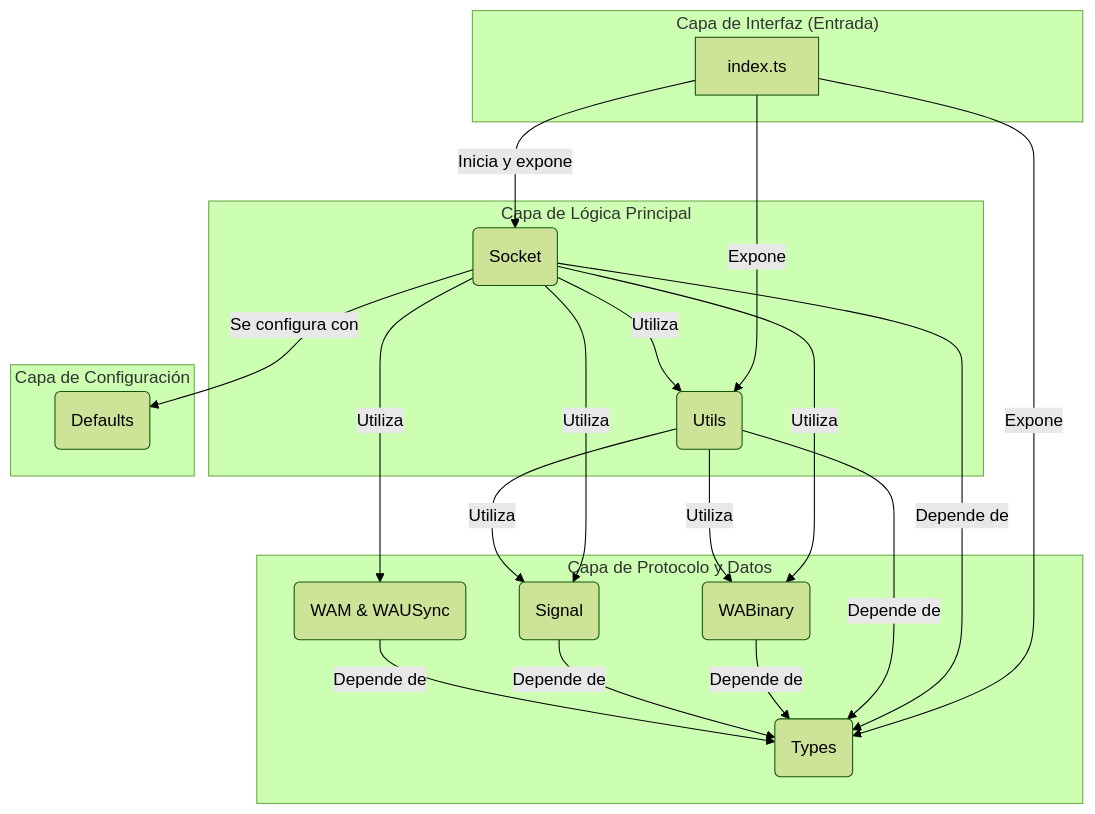
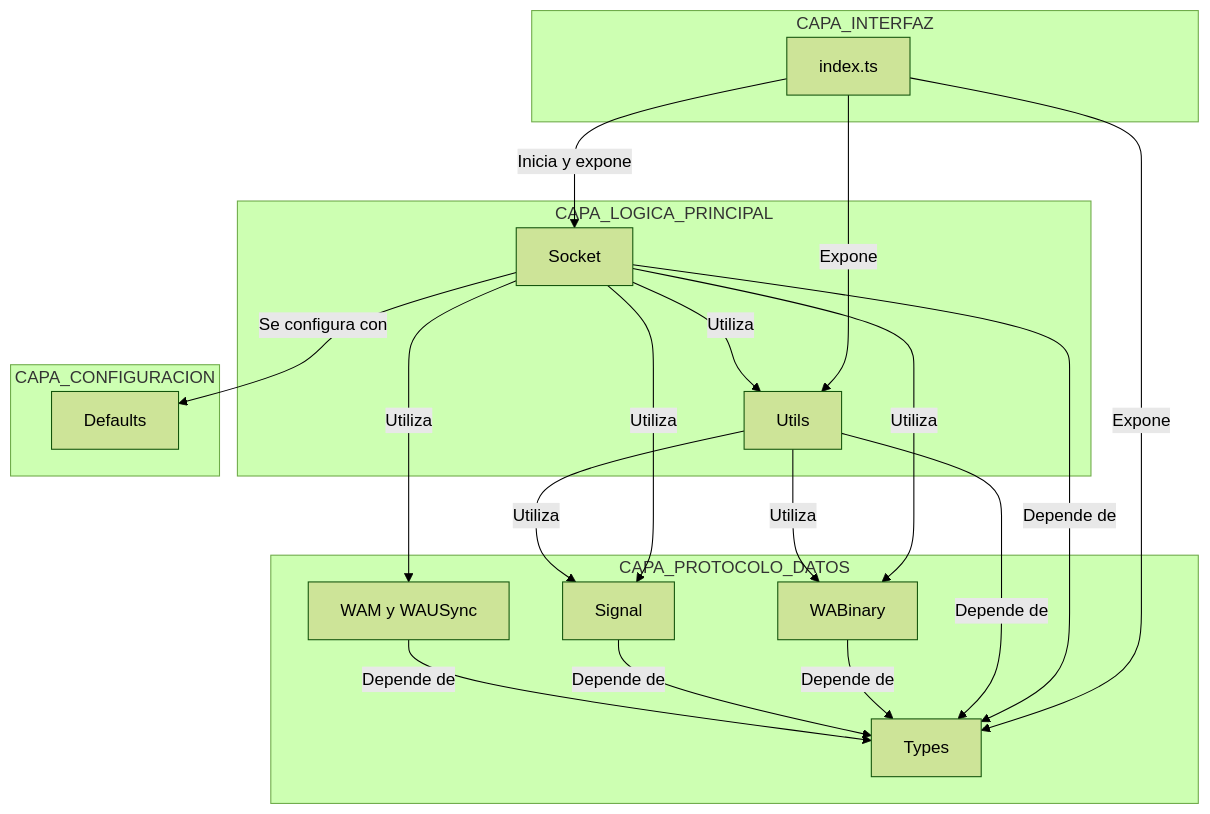
One commit to medinatello/Baileys changed the second of 2 diagrams in src/diagram.md. Above: the diagram before and after it, drawn with Mermaid (forest theme). The commit also changed other lines of this file and 15 other files, not shown here.

````diff
--- a/src/diagram.md
+++ b/src/diagram.md
@@ -21,42 +25,41 @@
 ```mermaid
-graph TD
-    subgraph "Capa de Interfaz (Entrada)"
+flowchart TD
+    subgraph CAPA_INTERFAZ
         A[index.ts]
     end
 
-    subgraph "Capa de Lógica Principal"
-        B(Socket)
-        C(Utils)
+    subgraph CAPA_LOGICA_PRINCIPAL
+        B[Socket]
+        C[Utils]
     end
 
-    subgraph "Capa de Protocolo y Datos"
-        D(WABinary)
-        E(Signal)
-        F(Types)
-        G(WAM & WAUSync)
+    subgraph CAPA_PROTOCOLO_DATOS
+        D[WABinary]
+        E[Signal]
+        F[Types]
+        G[WAM y WAUSync]
     end
 
-    subgraph "Capa de Configuración"
-        H(Defaults)
+    subgraph CAPA_CONFIGURACION
+        H[Defaults]
     end
 
-    %% Conexiones
-    A -- Inicia y expone --> B;
-    A -- Expone --> C;
-    A -- Expone --> F;
+    A -- Inicia y expone --> B
+    A -- Expone --> C
+    A -- Expone --> F
 
-    B -- Utiliza --> D;
-    B -- Utiliza --> E;
-    B -- Utiliza --> C;
-    B -- Utiliza --> G;
-    B -- Se configura con --> H;
+    B -- Utiliza --> D
+    B -- Utiliza --> E
+    B -- Utiliza --> C
+    B -- Utiliza --> G
+    B -- Se configura con --> H
 
-    C -- Utiliza --> D;
-    C -- Utiliza --> E;
+    C -- Utiliza --> D
+    C -- Utiliza --> E
 
-    B -- Depende de --> F;
-    C -- Depende de --> F;
-    D -- Depende de --> F;
-    E -- Depende de --> F;
-    G -- Depende de --> F;
+    B -- Depende de --> F
+    C -- Depende de --> F
+    D -- Depende de --> F
+    E -- Depende de --> F
+    G -- Depende de --> F
 ```
````
